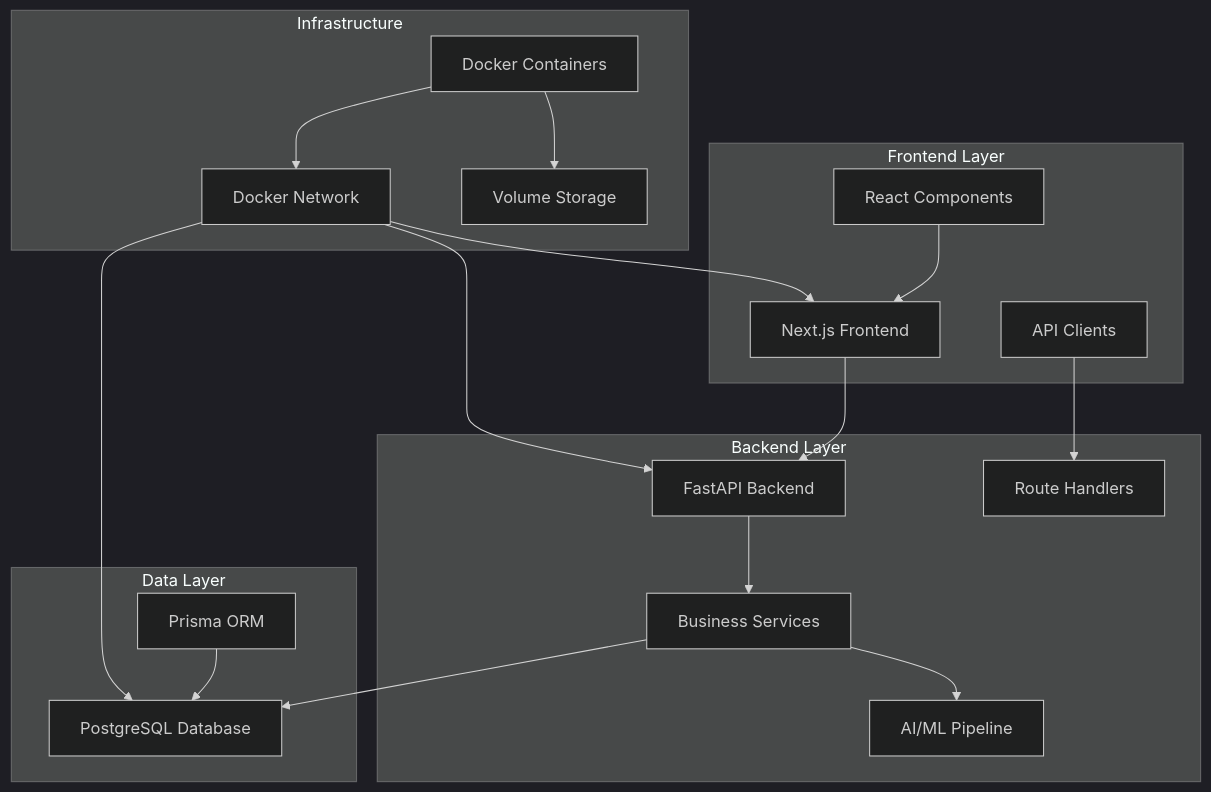
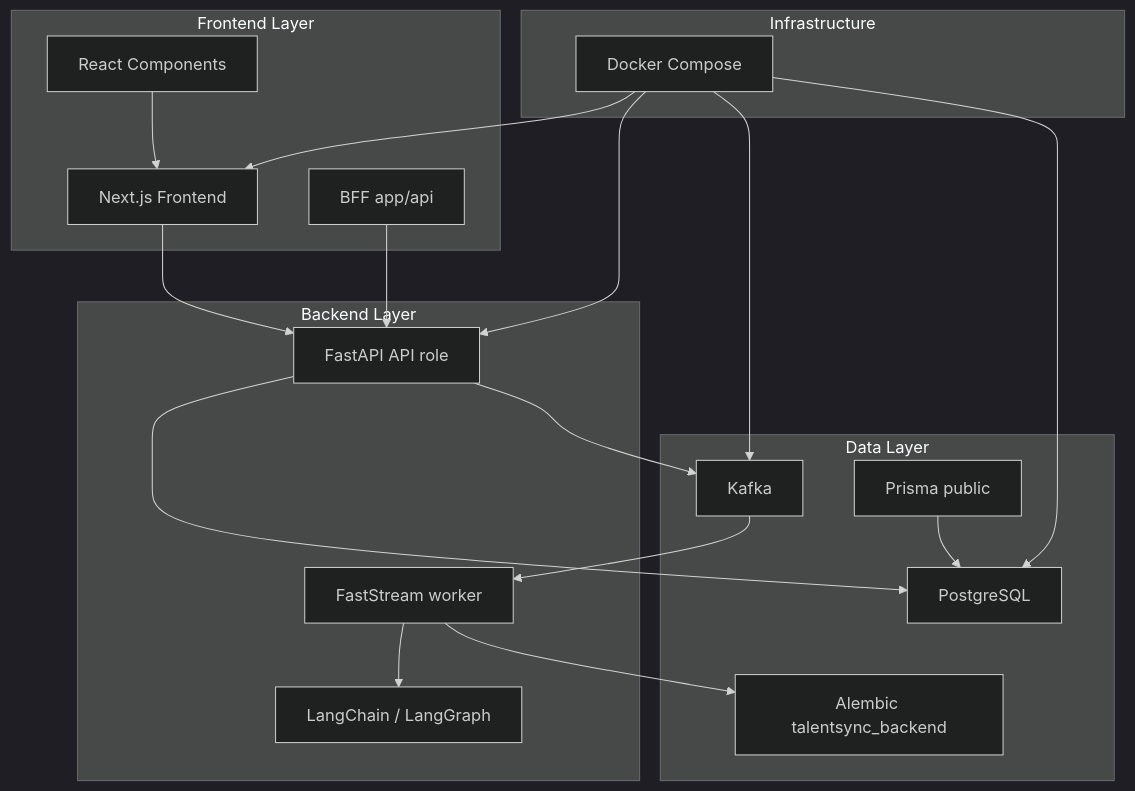
One commit to tashifkhan/tashif.codes changed the first of 5 diagrams in src/data/docs/talentsync/Project Overview/Project Overview.md. Above: the diagram before and after it, drawn with Mermaid (dark theme). The commit also changed other lines of this file and 2128 other files, not shown here.

First line of the commit message:
docs: replace raster diagram images with native Mermaid across project guides

````diff
--- a/src/data/docs/talentsync/Project Overview/Project Overview.md
+++ b/src/data/docs/talentsync/Project Overview/Project Overview.md
@@ -17,35 +11,35 @@
 ```mermaid
 graph TB
 subgraph "Frontend Layer"
 FE_Next[Next.js Frontend]
 FE_UI[React Components]
-FE_API[API Clients]
+FE_API[BFF app/api]
 end
 subgraph "Backend Layer"
-BE_FastAPI[FastAPI Backend]
-BE_Routes[Route Handlers]
-BE_Services[Business Services]
-BE_AI[AI/ML Pipeline]
+BE_FastAPI[FastAPI API role]
+BE_Worker[FastStream worker]
+BE_AI[LangChain / LangGraph]
 end
 subgraph "Data Layer"
-DB_PostgreSQL[PostgreSQL Database]
-DB_Prisma[Prisma ORM]
+DB_PostgreSQL[PostgreSQL]
+DB_Prisma[Prisma public]
+DB_Jobs[Alembic talentsync_backend]
+K[Kafka]
 end
 subgraph "Infrastructure"
-INF_Docker[Docker Containers]
-INF_Network[Docker Network]
-INF_Volume[Volume Storage]
+INF_Docker[Docker Compose]
 end
 FE_Next --> BE_FastAPI
 FE_UI --> FE_Next
-FE_API --> BE_Routes
-BE_FastAPI --> BE_Services
-BE_Services --> BE_AI
-BE_Services --> DB_PostgreSQL
+FE_API --> BE_FastAPI
+BE_FastAPI --> K
+K --> BE_Worker
+BE_Worker --> BE_AI
+BE_Worker --> DB_Jobs
+BE_FastAPI --> DB_PostgreSQL
 DB_Prisma --> DB_PostgreSQL
-INF_Docker --> INF_Network
-INF_Docker --> INF_Volume
-INF_Network --> BE_FastAPI
-INF_Network --> FE_Next
-INF_Network --> DB_PostgreSQL
+INF_Docker --> BE_FastAPI
+INF_Docker --> FE_Next
+INF_Docker --> DB_PostgreSQL
+INF_Docker --> K
 ```
````
